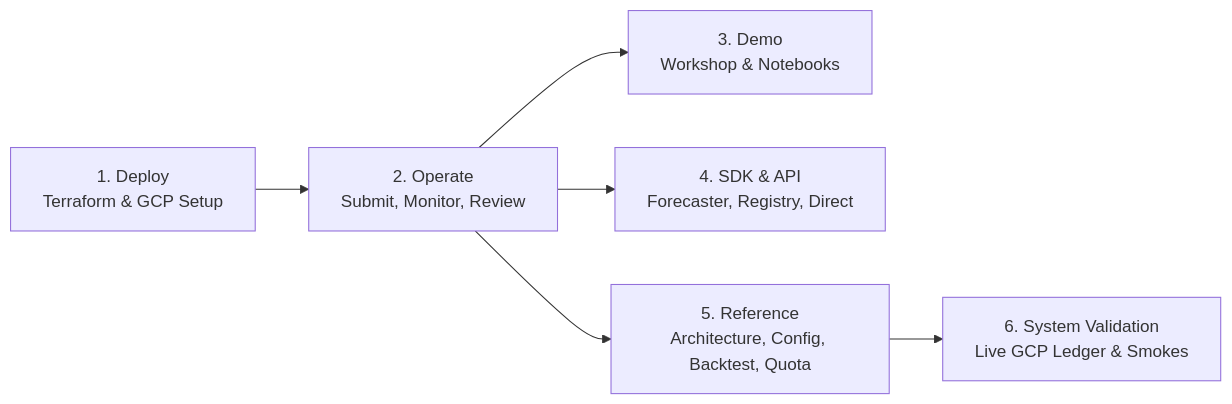
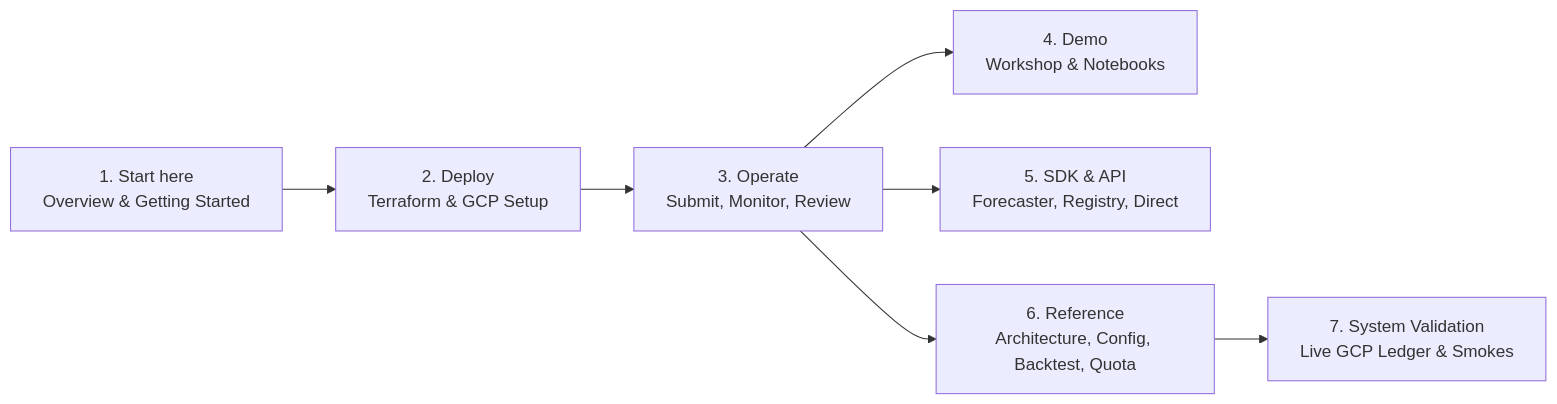
Before and after one commit to statmike/scale-forecasting: the diagram in docs/README.md, drawn with Mermaid. The commit also changed other lines of this file and 7 other files, not shown here.

Commit message:
docs: F.2 — split README.md into front door + docs/overview.md + docs/getting_started.md

````diff
--- a/docs/README.md
+++ b/docs/README.md
@@ -7,8 +7,9 @@
 ```mermaid
 flowchart LR
-    Deploy["1. Deploy<br/>Terraform & GCP Setup"] --> Operate["2. Operate<br/>Submit, Monitor, Review"]
-    Operate --> Demo["3. Demo<br/>Workshop & Notebooks"]
-    Operate --> SDK["4. SDK & API<br/>Forecaster, Registry, Direct"]
-    Operate --> Ref["5. Reference<br/>Architecture, Config, Backtest, Quota"]
-    Ref --> Val["6. System Validation<br/>Live GCP Ledger & Smokes"]
+    Start["1. Start here<br/>Overview & Getting Started"] --> Deploy["2. Deploy<br/>Terraform & GCP Setup"]
+    Deploy --> Operate["3. Operate<br/>Submit, Monitor, Review"]
+    Operate --> Demo["4. Demo<br/>Workshop & Notebooks"]
+    Operate --> SDK["5. SDK & API<br/>Forecaster, Registry, Direct"]
+    Operate --> Ref["6. Reference<br/>Architecture, Config, Backtest, Quota"]
+    Ref --> Val["7. System Validation<br/>Live GCP Ledger & Smokes"]
 ```
````
